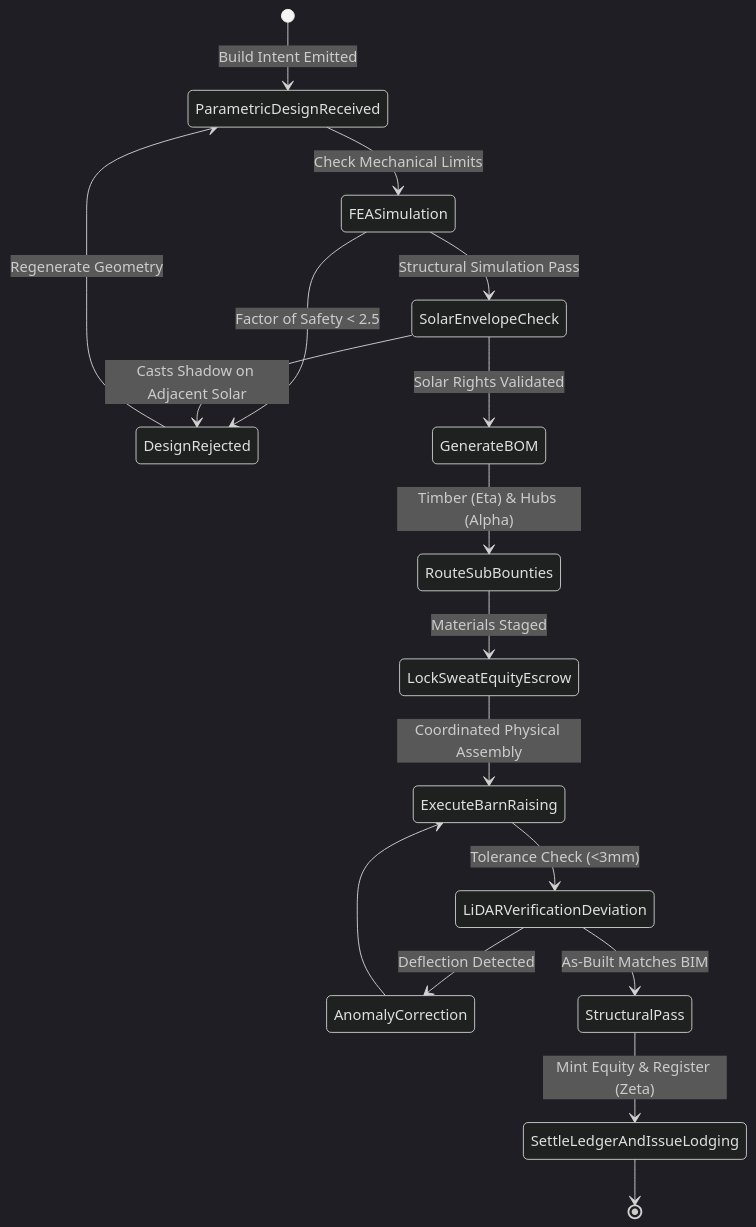
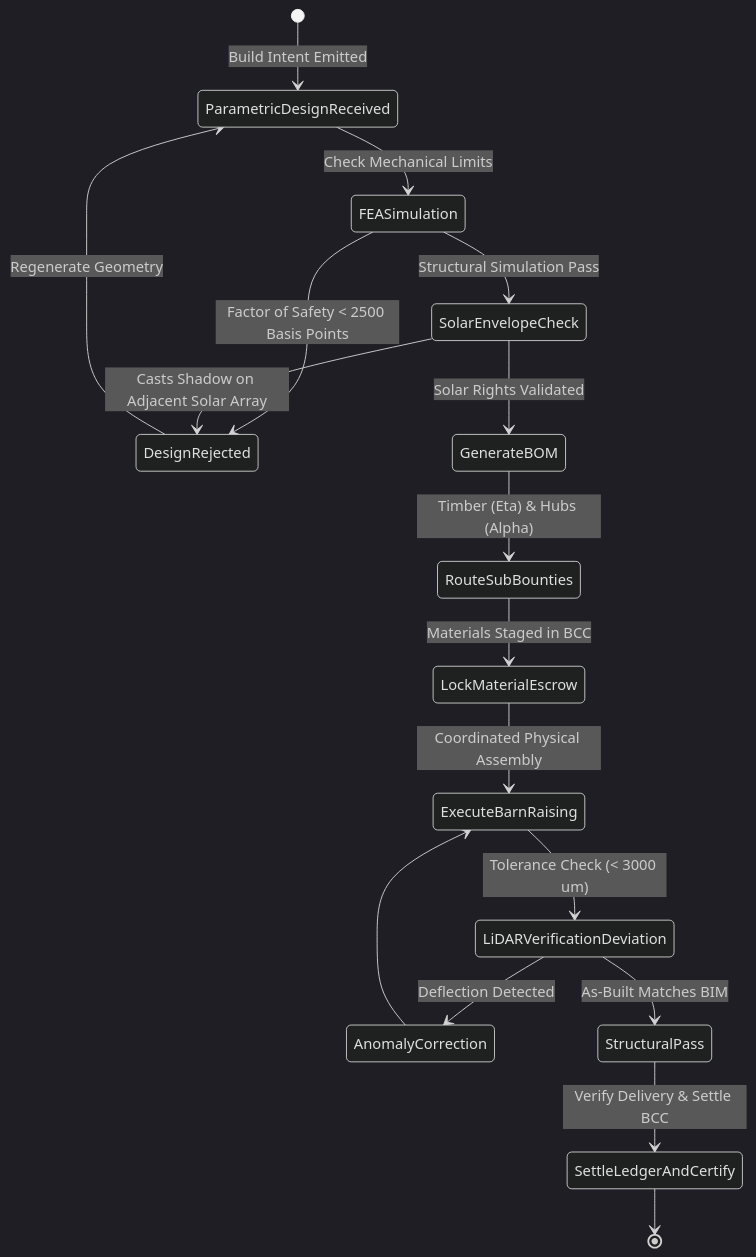
Before and after one commit to raffaine/collective: the second of 4 diagrams in docs/scenarios/xi_architecture.md, drawn with Mermaid (dark theme). The commit also changed other lines of this file and 23 other files, not shown here.

````diff
--- a/docs/scenarios/xi_architecture.md
+++ b/docs/scenarios/xi_architecture.md
@@ -73,19 +83,19 @@
 ```mermaid
 stateDiagram-v2
     [*] --> ParametricDesignReceived: Build Intent Emitted
     ParametricDesignReceived --> FEASimulation: Check Mechanical Limits
-    FEASimulation --> DesignRejected: Factor of Safety < 2.5
+    FEASimulation --> DesignRejected: Factor of Safety < 2500 Basis Points
     DesignRejected --> ParametricDesignReceived: Regenerate Geometry
     FEASimulation --> SolarEnvelopeCheck: Structural Simulation Pass
-    SolarEnvelopeCheck --> DesignRejected: Casts Shadow on Adjacent Solar
+    SolarEnvelopeCheck --> DesignRejected: Casts Shadow on Adjacent Solar Array
     SolarEnvelopeCheck --> GenerateBOM: Solar Rights Validated
     GenerateBOM --> RouteSubBounties: Timber (Eta) & Hubs (Alpha)
-    RouteSubBounties --> LockSweatEquityEscrow: Materials Staged
-    LockSweatEquityEscrow --> ExecuteBarnRaising: Coordinated Physical Assembly
-    ExecuteBarnRaising --> LiDARVerificationDeviation: Tolerance Check (<3mm)
+    RouteSubBounties --> LockMaterialEscrow: Materials Staged in BCC
+    LockMaterialEscrow --> ExecuteBarnRaising: Coordinated Physical Assembly
+    ExecuteBarnRaising --> LiDARVerificationDeviation: Tolerance Check (< 3000 um)
     LiDARVerificationDeviation --> AnomalyCorrection: Deflection Detected
     AnomalyCorrection --> ExecuteBarnRaising
     LiDARVerificationDeviation --> StructuralPass: As-Built Matches BIM
-    StructuralPass --> SettleLedgerAndIssueLodging: Mint Equity & Register (Zeta)
-    SettleLedgerAndIssueLodging --> [*]
+    StructuralPass --> SettleLedgerAndCertify: Verify Delivery & Settle BCC
+    SettleLedgerAndCertify --> [*]
 ```
````
